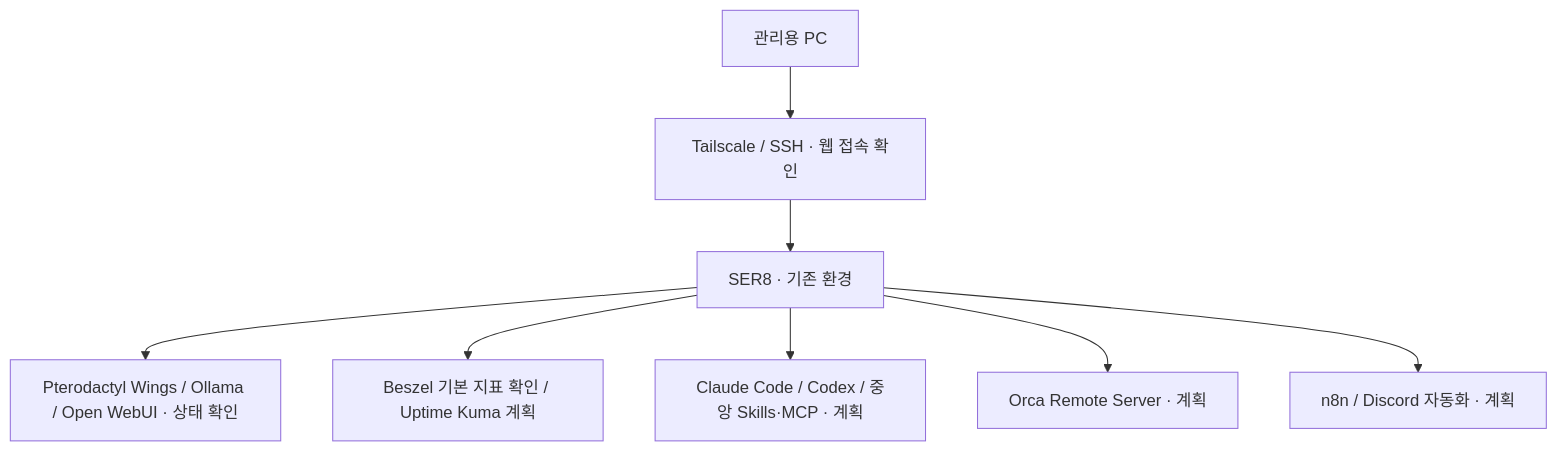
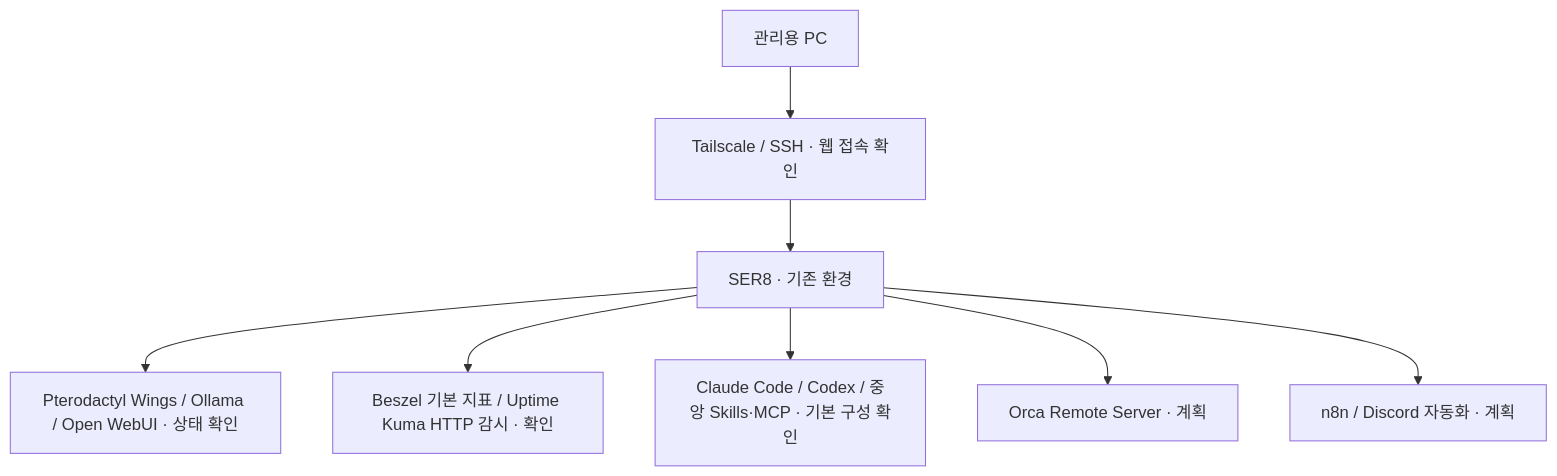
Before and after one commit to kosmos-s/ser8-home-server-ai: the diagram in README.md, drawn with Mermaid. The commit also changed other lines of this file and 4 other files, not shown here.

First line of the commit message:
docs: record Uptime Kuma, backup, and AI dev setup progress

````diff
--- a/README.md
+++ b/README.md
@@ -43,10 +46,10 @@
 ```mermaid
 flowchart TD
     A[관리용 PC] --> B[Tailscale / SSH · 웹 접속 확인]
     B --> C[SER8 · 기존 환경]
     C --> D[Pterodactyl Wings / Ollama / Open WebUI · 상태 확인]
-    C --> E[Beszel 기본 지표 확인 / Uptime Kuma 계획]
-    C --> F[Claude Code / Codex / 중앙 Skills·MCP · 계획]
+    C --> E[Beszel 기본 지표 / Uptime Kuma HTTP 감시 · 확인]
+    C --> F[Claude Code / Codex / 중앙 Skills·MCP · 기본 구성 확인]
     C --> G[Orca Remote Server · 계획]
     C --> H[n8n / Discord 자동화 · 계획]
 ```
````
